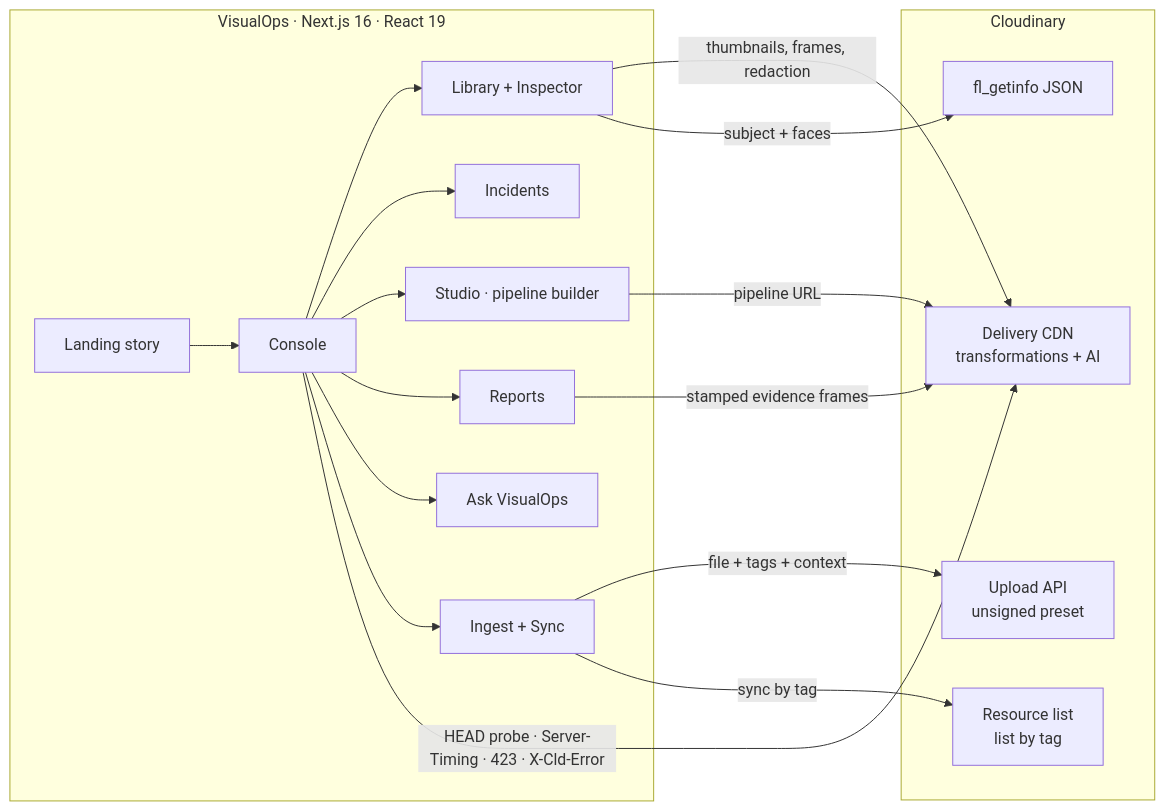
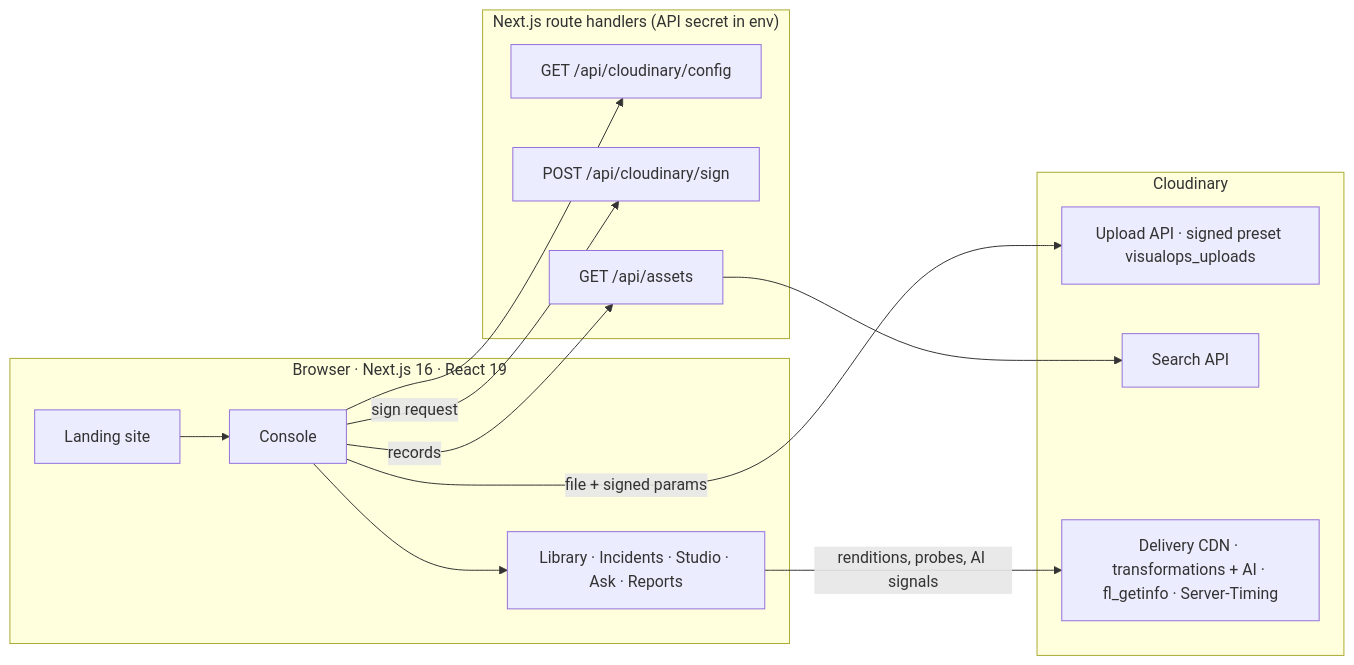
One commit to HackIndiaXYZ/pixels-to-products-cloudinary-ai-hackathon-2026-team-rocket changed the diagram in README.md. Above: the diagram before and after it, drawn with Mermaid. The commit also changed other lines of this file and 14 other files, not shown here.

First line of the commit message:
feat: signed Cloudinary uploads and server-side record search

````diff
--- a/README.md
+++ b/README.md
@@ -70,25 +102,22 @@
 ```mermaid
 flowchart LR
-  subgraph Browser["VisualOps · Next.js 16 · React 19"]
-    L["Landing story"] --> C["Console"]
-    C --> LIB["Library + Inspector"]
-    C --> INC["Incidents"]
-    C --> ST["Studio · pipeline builder"]
-    C --> REP["Reports"]
-    C --> ASK["Ask VisualOps"]
-    C --> ING["Ingest + Sync"]
+  subgraph Browser["Browser · Next.js 16 · React 19"]
+    L["Landing site"] --> C["Console"]
+    C --> V["Library · Incidents · Studio · Ask · Reports"]
+  end
+  subgraph Server["Next.js route handlers (API secret in env)"]
+    CFG["GET /api/cloudinary/config"]
+    SIGN["POST /api/cloudinary/sign"]
+    ASSETS["GET /api/assets"]
   end
   subgraph Cloudinary["Cloudinary"]
-    UP["Upload API<br/>unsigned preset"]
-    CDN["Delivery CDN<br/>transformations + AI"]
-    INFO["fl_getinfo JSON"]
-    LIST["Resource list<br/>list by tag"]
+    UP["Upload API · signed preset visualops_uploads"]
+    SEARCH["Search API"]
+    CDN["Delivery CDN · transformations + AI · fl_getinfo · Server-Timing"]
   end
-  ST -->|"pipeline URL"| CDN
-  LIB -->|"thumbnails, frames, redaction"| CDN
-  LIB -->|"subject + faces"| INFO
-  C -->|"HEAD probe · Server-Timing · 423 · X-Cld-Error"| CDN
-  ING -->|"file + tags + context"| UP
-  ING -->|"sync by tag"| LIST
-  REP -->|"stamped evidence frames"| CDN
+  C -->|"sign request"| SIGN
+  C -->|"file + signed params"| UP
+  C -->|"records"| ASSETS --> SEARCH
+  C --> CFG
+  V -->|"renditions, probes, AI signals"| CDN
 ```
````
